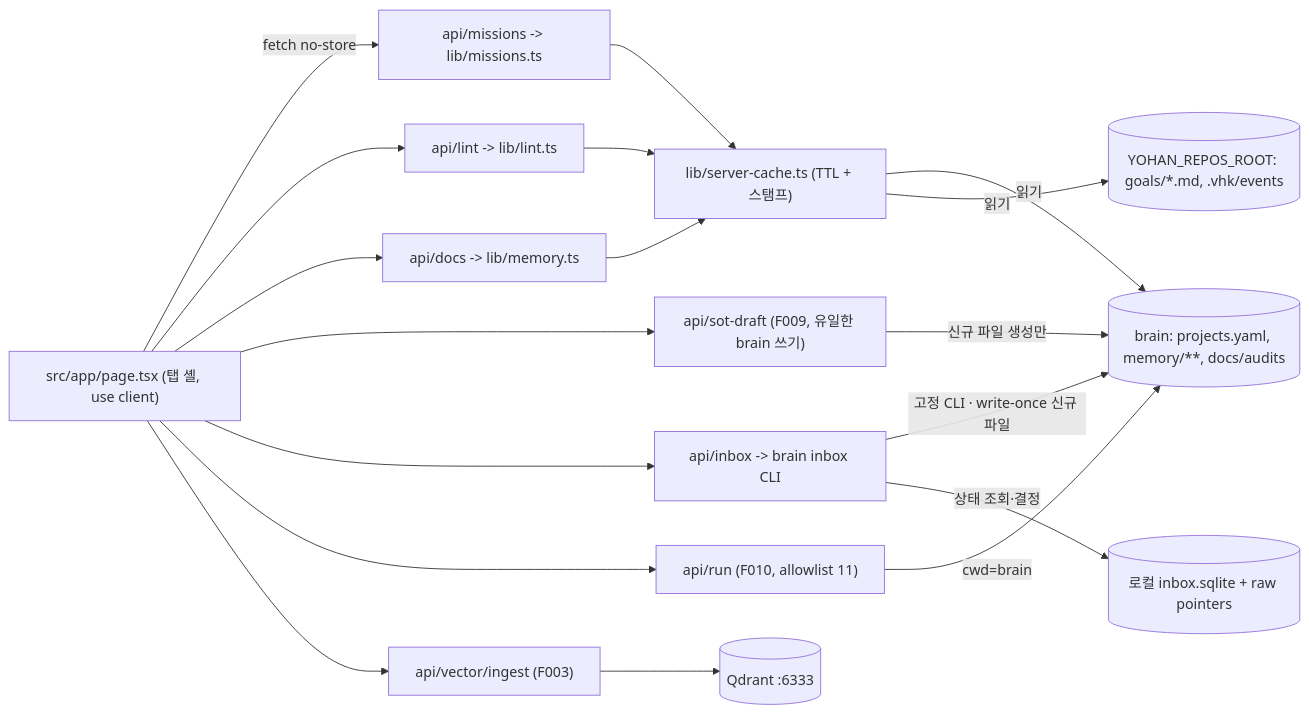
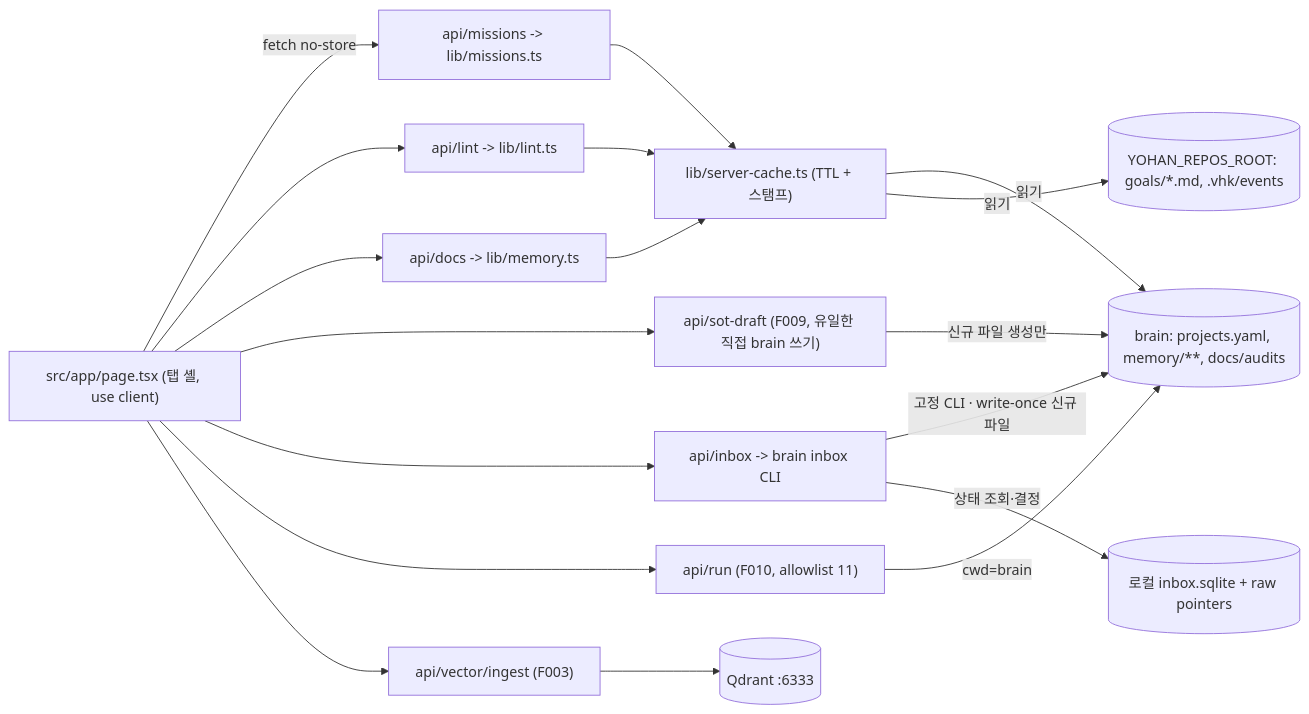
Before and after one commit to byh3071-cpu/yohan-control-tower: the diagram in docs/ARCHITECTURE.md, drawn with Mermaid. The commit also changed 8 other files, not shown here.

````diff
--- a/docs/ARCHITECTURE.md
+++ b/docs/ARCHITECTURE.md
@@ -77,33 +77,33 @@
 ```mermaid
 flowchart LR
   UI["src/app/page.tsx (탭 셸, use client)"]
   M["api/missions -> lib/missions.ts"]
   L["api/lint -> lib/lint.ts"]
   D["api/docs -> lib/memory.ts"]
-  S["api/sot-draft (F009, 유일한 brain 쓰기)"]
+  S["api/sot-draft (F009, 유일한 직접 brain 쓰기)"]
   I["api/inbox -> brain inbox CLI"]
   R["api/run (F010, allowlist 11)"]
   V["api/vector/ingest (F003)"]
   CACHE["lib/server-cache.ts (TTL + 스탬프)"]
   BRAIN[("brain: projects.yaml, memory/**, docs/audits")]
   INBOX[("로컬 inbox.sqlite + raw pointers")]
   REPOS[("YOHAN_REPOS_ROOT: goals/*.md, .vhk/events")]
   Q[("Qdrant :6333")]
   UI -->|fetch no-store| M
   UI --> L
   UI --> D
   UI --> S
   UI --> I
   UI --> R
   UI --> V
   M --> CACHE
   L --> CACHE
   D --> CACHE
   CACHE -->|읽기| BRAIN
   CACHE -->|읽기| REPOS
   R -->|cwd=brain| BRAIN
   S -->|신규 파일 생성만| BRAIN
   I -->|고정 CLI · write-once 신규 파일| BRAIN
   I -->|상태 조회·결정| INBOX
   V --> Q
 ```
````
